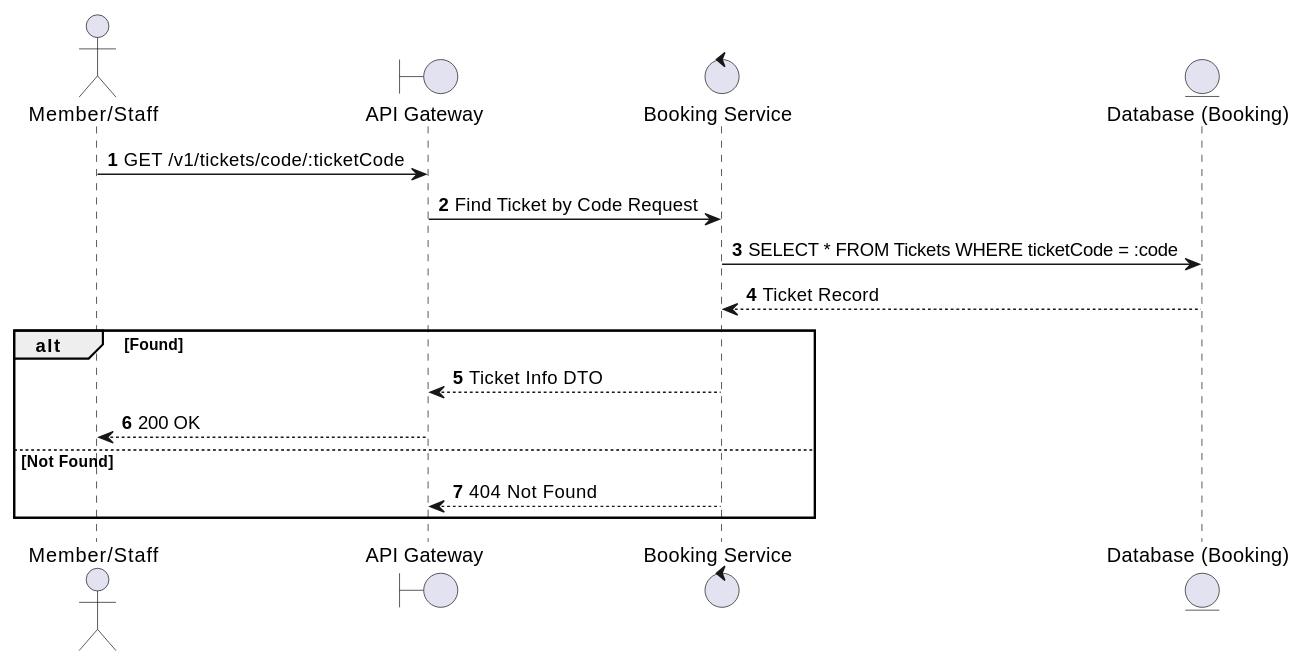
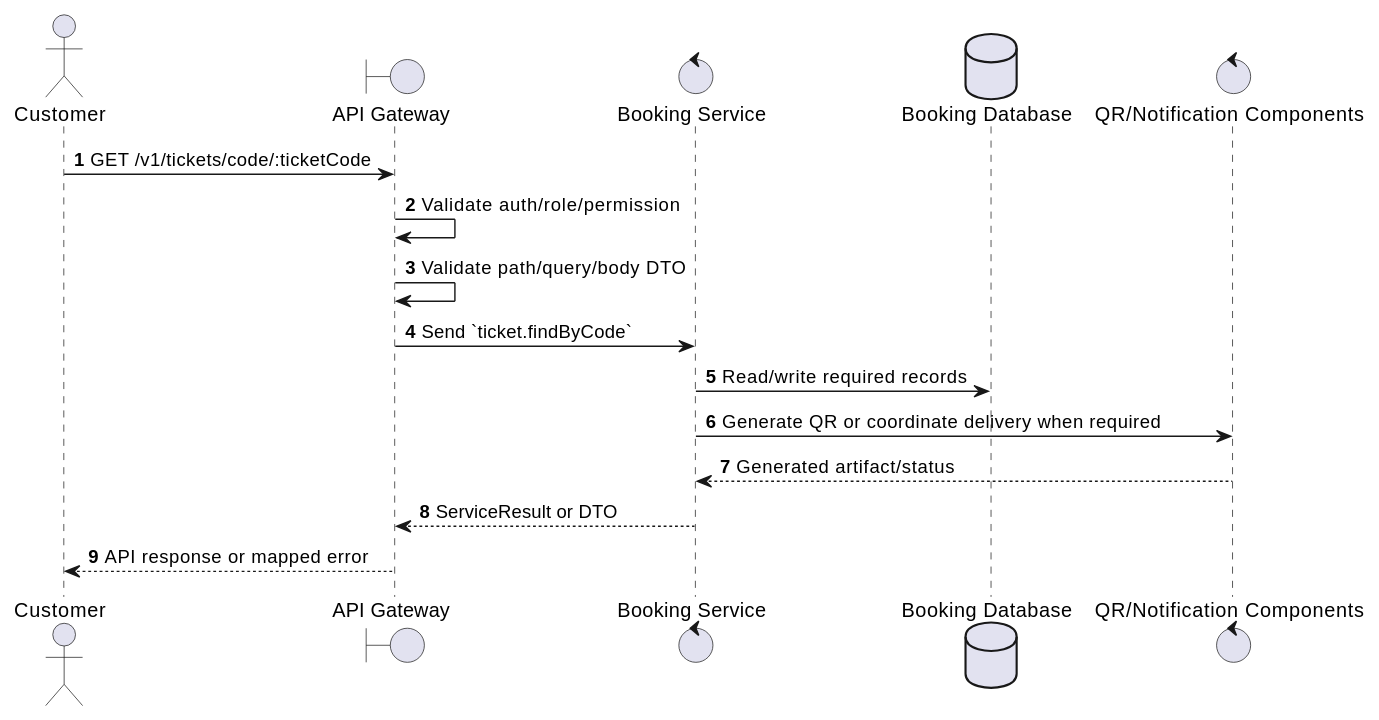
Before and after one commit to Tanh1603/movie-hub-architecture: the first of 2 diagrams in docs/functional_specs/3.7_Ticket_Management_Module/TK-02_Find_Ticket_by_Code.md, drawn with PlantUML. The commit also changed other lines of this file and 126 other files, not shown here.

````diff
--- a/docs/functional_specs/3.7_Ticket_Management_Module/TK-02_Find_Ticket_by_Code.md
+++ b/docs/functional_specs/3.7_Ticket_Management_Module/TK-02_Find_Ticket_by_Code.md
@@ -17,20 +17,20 @@
 ```plantuml
 @startuml
 autonumber
-actor "Member/Staff" as User
+actor "Customer" as Actor
 boundary "API Gateway" as GW
-control "Booking Service" as BS
-entity "Database (Booking)" as DB
+control "Booking Service" as SVC
+database "Booking Database" as DB
+control "QR/Notification Components" as EXT
 
-User -> GW: GET /v1/tickets/code/:ticketCode
-GW -> BS: Find Ticket by Code Request
-BS -> DB: SELECT * FROM Tickets WHERE ticketCode = :code
-DB --> BS: Ticket Record
-alt Found
-    BS --> GW: Ticket Info DTO
-    GW --> User: 200 OK
-else Not Found
-    BS --> GW: 404 Not Found
-end
+Actor -> GW: GET /v1/tickets/code/:ticketCode
+GW -> GW: Validate auth/role/permission
+GW -> GW: Validate path/query/body DTO
+GW -> SVC: Send `ticket.findByCode`
+SVC -> DB: Read/write required records
+SVC -> EXT: Generate QR or coordinate delivery when required
+EXT --> SVC: Generated artifact/status
+SVC --> GW: ServiceResult or DTO
+GW --> Actor: API response or mapped error
 @enduml
 ```
````
